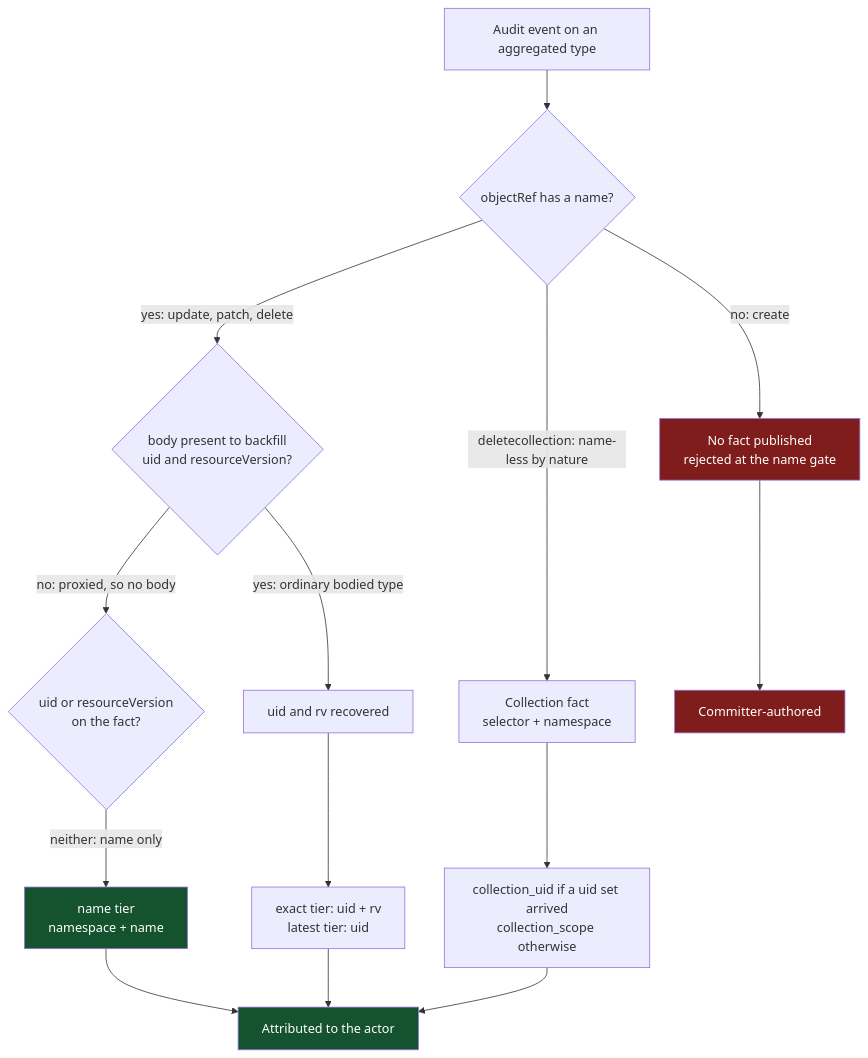
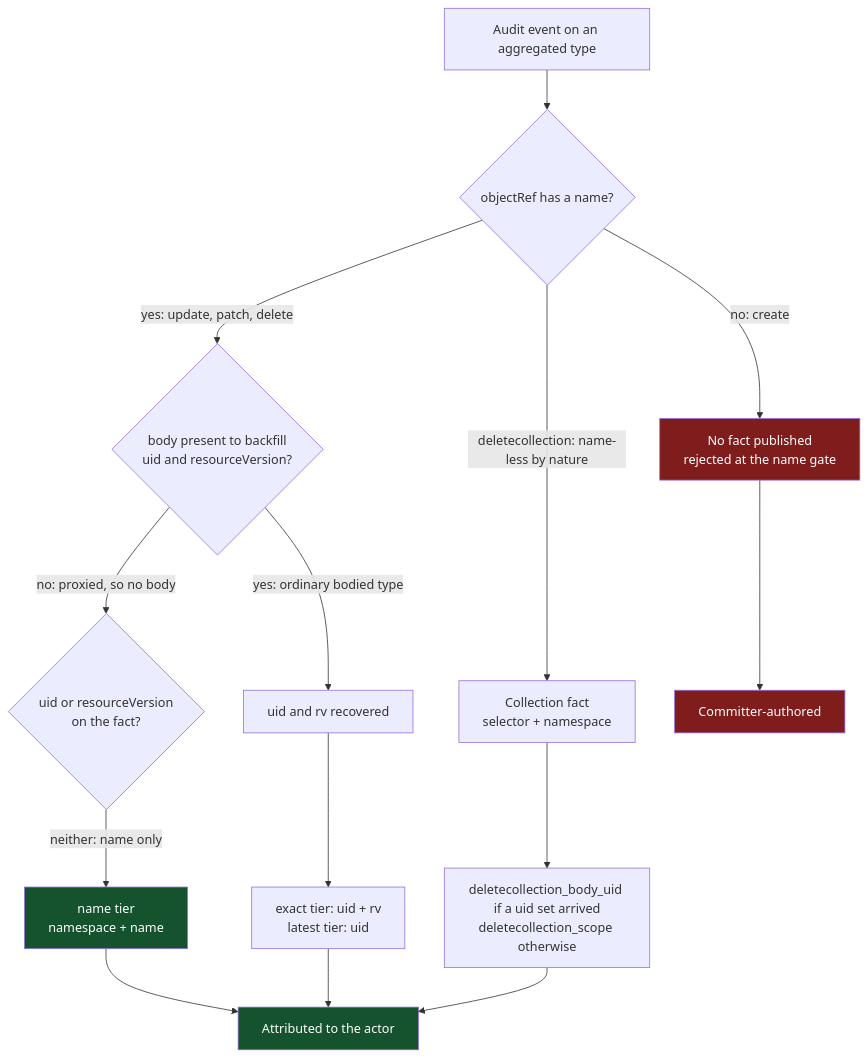
The first of 2 diagrams in docs/design/attribution-branch-findings.md (ConfigButler/gitops-reverser), drawn with Mermaid before and after one commit. The commit also changed other lines of this file and 26 other files, not shown here.

````diff
--- a/docs/design/attribution-branch-findings.md
+++ b/docs/design/attribution-branch-findings.md
@@ -59,24 +59,24 @@
 ```mermaid
 flowchart TD
     A[Audit event on an aggregated type] --> B{objectRef has a name?}
     B -->|no: create| C[No fact published<br/>rejected at the name gate]
     B -->|yes: update, patch, delete| D{body present to backfill<br/>uid and resourceVersion?}
     B -->|deletecollection: name-less by nature| E[Collection fact<br/>selector + namespace]
 
     D -->|no: proxied, so no body| F{uid or resourceVersion<br/>on the fact?}
     D -->|yes: ordinary bodied type| G[uid and rv recovered]
 
     F -->|neither: name only| H[name tier<br/>namespace + name]
     G --> I[exact tier: uid + rv<br/>latest tier: uid]
-    E --> J[collection_uid if a uid set arrived<br/>collection_scope otherwise]
+    E --> J[deletecollection_body_uid if a uid set arrived<br/>deletecollection_scope otherwise]
 
     C --> K[Committer-authored]
     H --> L[Attributed to the actor]
     I --> L
     J --> L
 
     style C fill:#7f1d1d,color:#fff
     style K fill:#7f1d1d,color:#fff
     style H fill:#14532d,color:#fff
     style L fill:#14532d,color:#fff
 ```
````
